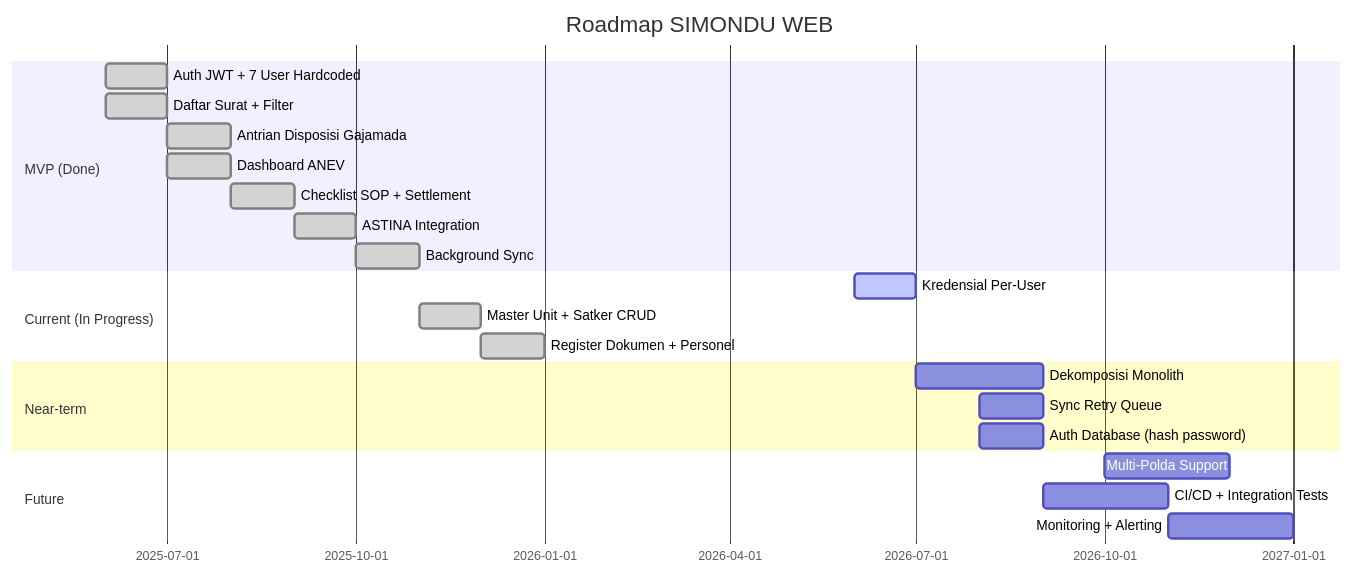
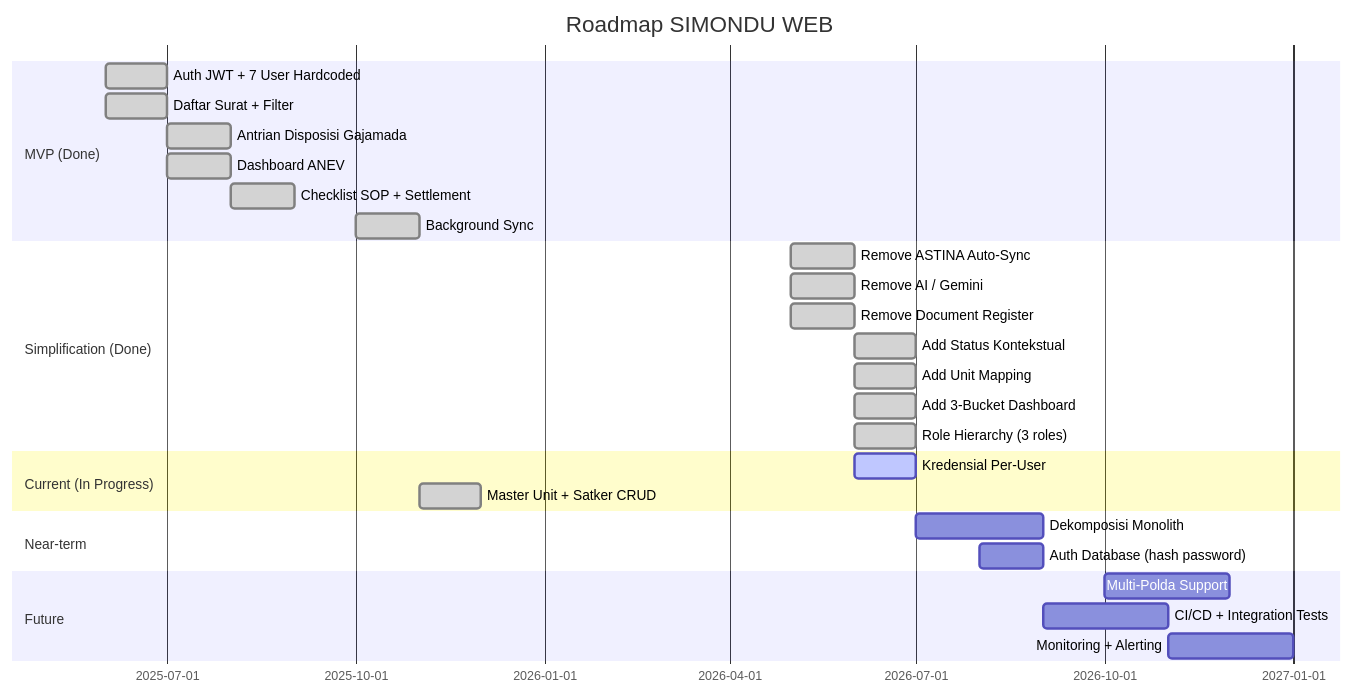
One commit to Kilodash/SIMONDU_WEB changed the diagram in brain/roadmap.md. Above: the diagram before and after it, drawn with Mermaid. The commit also changed other lines of this file and 22 other files, not shown here.

First line of the commit message:
feat: migrate to new Polda Jabar 3-bucket status model + unit sync from Gajamada

````diff
--- a/brain/roadmap.md
+++ b/brain/roadmap.md
@@ -12,25 +12,30 @@
 ```mermaid
 gantt
     title Roadmap SIMONDU WEB
     dateFormat  YYYY-MM
     section MVP (Done)
     Auth JWT + 7 User Hardcoded      :done, mvp1, 2025-06, 2025-07
     Daftar Surat + Filter            :done, mvp2, 2025-06, 2025-07
     Antrian Disposisi Gajamada       :done, mvp3, 2025-07, 2025-08
     Dashboard ANEV                   :done, mvp4, 2025-07, 2025-08
     Checklist SOP + Settlement       :done, mvp5, 2025-08, 2025-09
-    ASTINA Integration               :done, mvp6, 2025-09, 2025-10
     Background Sync                  :done, mvp7, 2025-10, 2025-11
+    section Simplification (Done)
+    Remove ASTINA Auto-Sync          :done, sim1, 2026-05, 2026-06
+    Remove AI / Gemini               :done, sim2, 2026-05, 2026-06
+    Remove Document Register         :done, sim3, 2026-05, 2026-06
+    Add Status Kontekstual           :done, sim4, 2026-06, 2026-07
+    Add Unit Mapping                 :done, sim5, 2026-06, 2026-07
+    Add 3-Bucket Dashboard           :done, sim6, 2026-06, 2026-07
+    Role Hierarchy (3 roles)         :done, sim7, 2026-06, 2026-07
     section Current (In Progress)
     Kredensial Per-User              :active, cur1, 2026-06, 2026-07
     Master Unit + Satker CRUD        :done, cur2, 2025-11, 2025-12
-    Register Dokumen + Personel      :done, cur3, 2025-12, 2026-01
     section Near-term
     Dekomposisi Monolith             :next1, 2026-07, 2026-09
-    Sync Retry Queue                 :next2, 2026-08, 2026-09
     Auth Database (hash password)    :next3, 2026-08, 2026-09
     section Future
     Multi-Polda Support              :fut1, 2026-10, 2026-12
     CI/CD + Integration Tests        :fut2, 2026-09, 2026-11
     Monitoring + Alerting            :fut3, 2026-11, 2027-01
 ```
````
